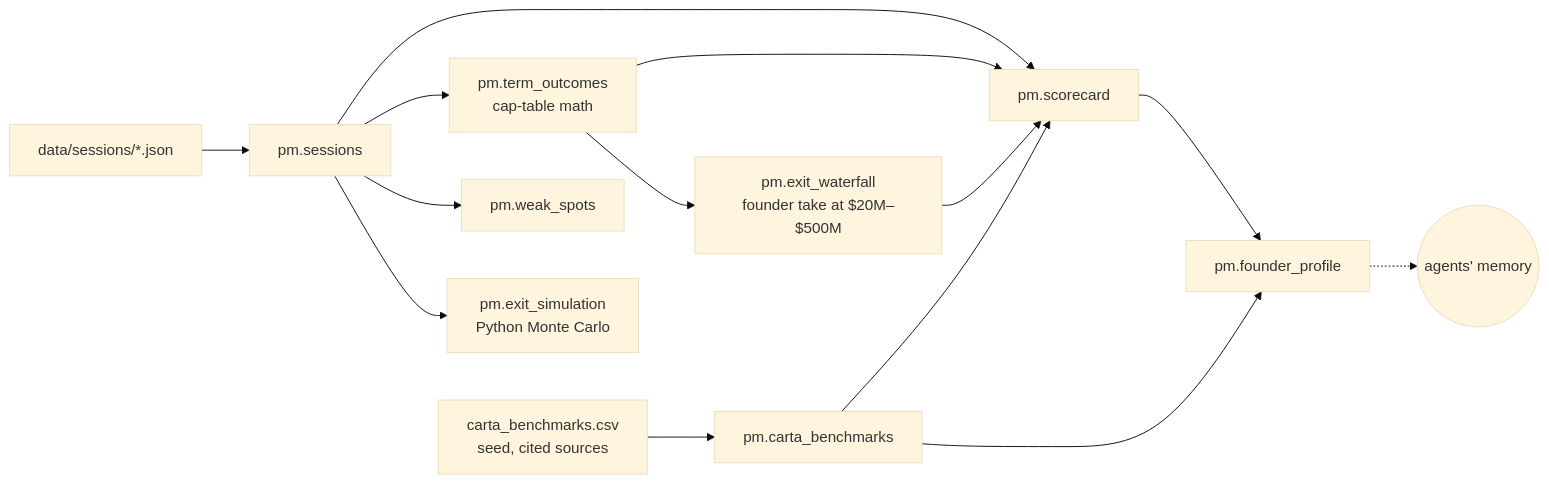
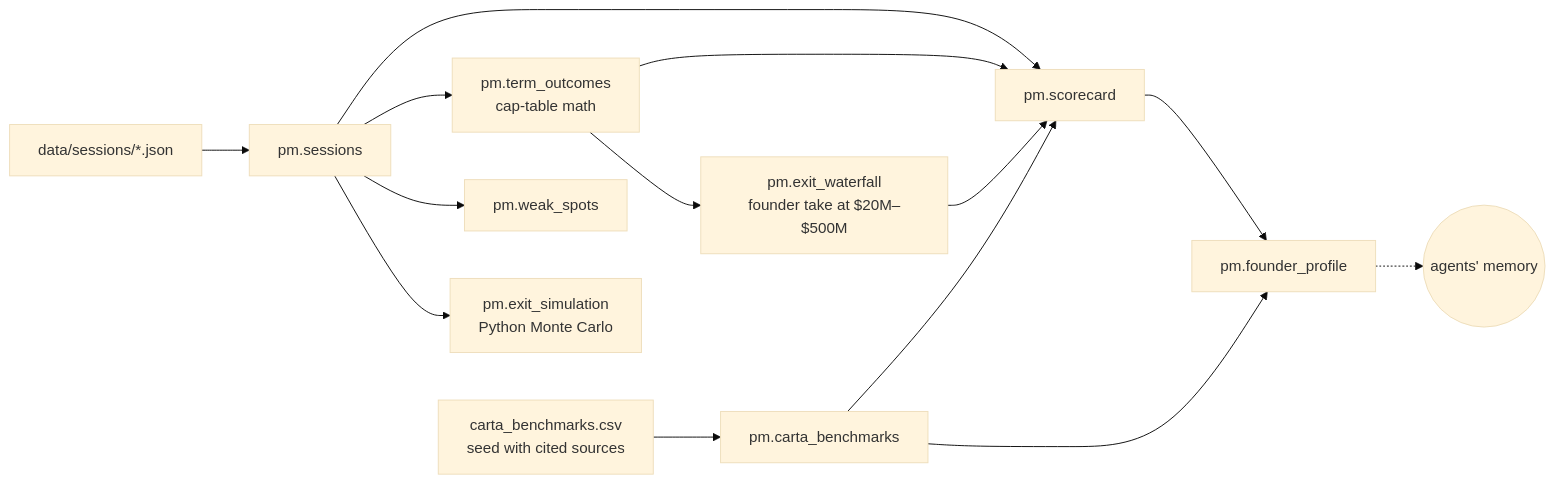
Before and after one commit to ChinmayPatel07/behind-the-glass: the second of 2 diagrams in README.md, drawn with Mermaid (base theme). The commit also changed other lines of this file and 1 other file, not shown here.

````diff
--- a/README.md
+++ b/README.md
@@ -84,12 +94,12 @@
 ```mermaid
 flowchart LR
   J[data/sessions/*.json] --> S[pm.sessions]
-  C[carta_benchmarks.csv<br/>seed, cited sources] --> CB[pm.carta_benchmarks]
+  C[carta_benchmarks.csv<br/>seed with cited sources] --> CB[pm.carta_benchmarks]
   S --> TO[pm.term_outcomes<br/>cap-table math]
   TO --> EW[pm.exit_waterfall<br/>founder take at $20M–$500M]
   S --> W[pm.weak_spots]
   S --> MC[pm.exit_simulation<br/>Python Monte Carlo]
   S & TO & EW & CB --> SC[pm.scorecard]
   SC & CB --> FP[pm.founder_profile]
   FP -.-> AG((agents' memory))
 ```
````
